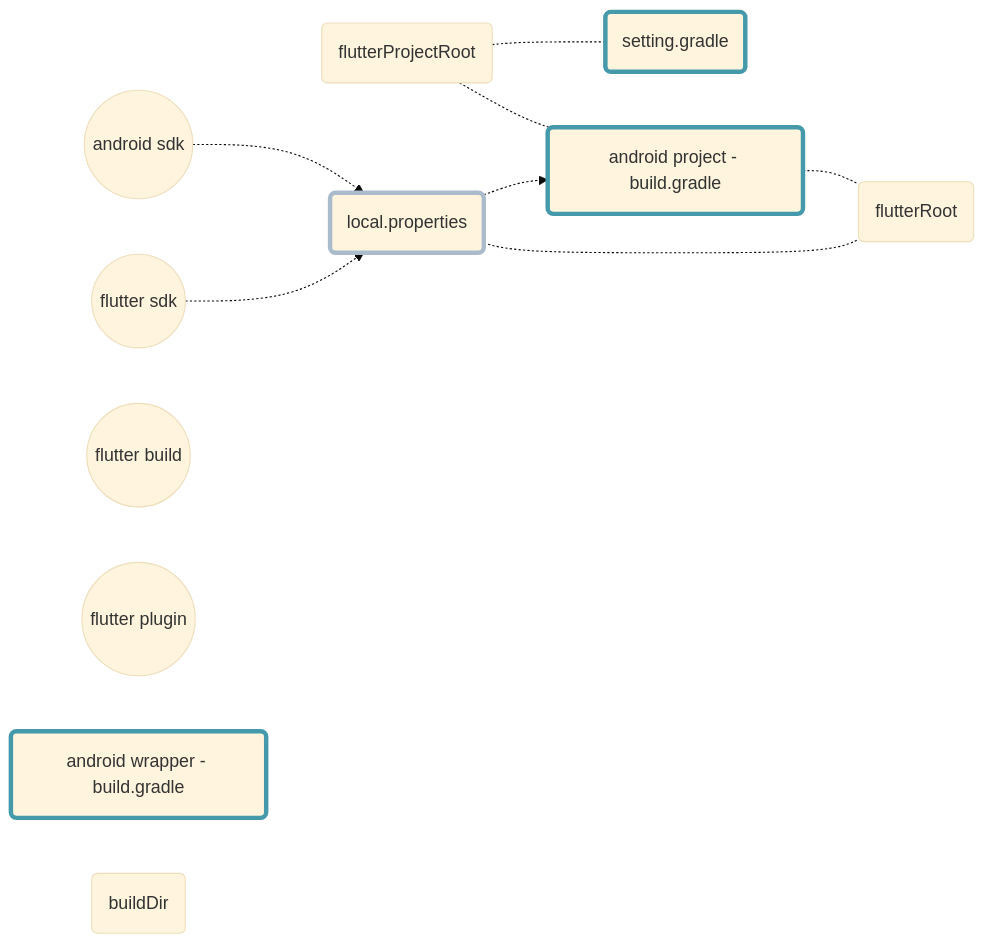
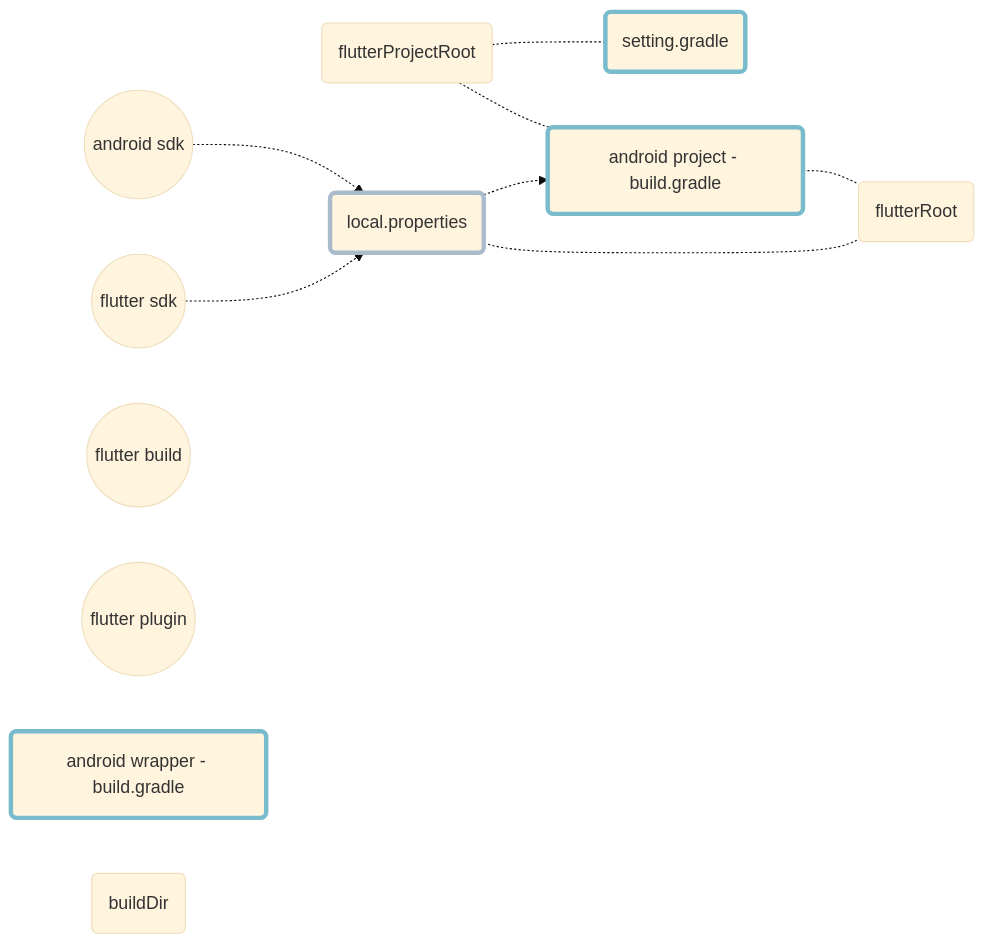
Before and after one commit to gordianknotC/nxp_note: the second of 3 diagrams in flutter/addAndroidProjIntoFlutter.md, drawn with Mermaid (base theme). The commit also changed other lines of this file, not shown here.

Commit message:
flutter/addAndroidProjIntoFlutter.md updated from https://stackedit.io/

````diff
--- a/flutter/addAndroidProjIntoFlutter.md
+++ b/flutter/addAndroidProjIntoFlutter.md
@@ -241,28 +241,30 @@
 ```mermaid
 graph LR
 	fdk((flutter sdk))
 	adk((android sdk))
 	fbuild((flutter build))
 	fpgn((flutter plugin))
 	loc(local.properties)
-	
+	style loc stroke-width:4px, stroke:#abc	
+	style loc stroke-width:4px, stroke:#abc
+	style loc stroke-width:4px, stroke:#abc
 	set(setting.gradle)
 	b1(android wrapper - build.gradle)
 	b2(android project - build.gradle)
-	style b1 stroke-width:4px, stroke:#49a
-	style b2 stroke-width:4px, stroke:#49a
-	style set stroke-width:4px, stroke:#49a
-	style loc stroke-width:4px, stroke:#abc
+	style b1 stroke-width:4px, stroke:#7bc
+	style b2 stroke-width:4px, stroke:#7bc
+	style set stroke-width:4px, stroke:#7bc
+
 
 	dfr(flutterRoot)
 	dfp(flutterProjectRoot)
 	dfb(buildDir)
 	
 	fdk -.-> loc
 	adk -.-> loc
 	loc -.-> b2
 	loc -.- dfr
 	b2 -.- dfr
 	dfp -.- b2
 	dfp -.- set
 ```
````
